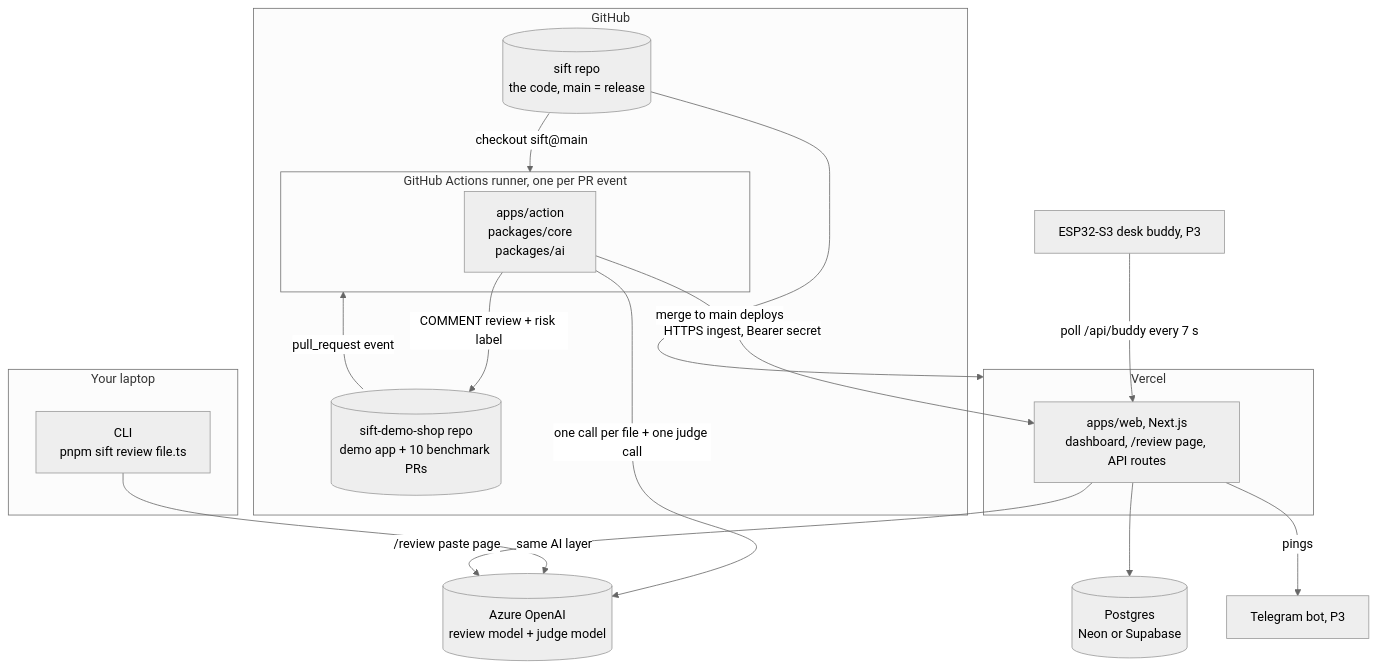
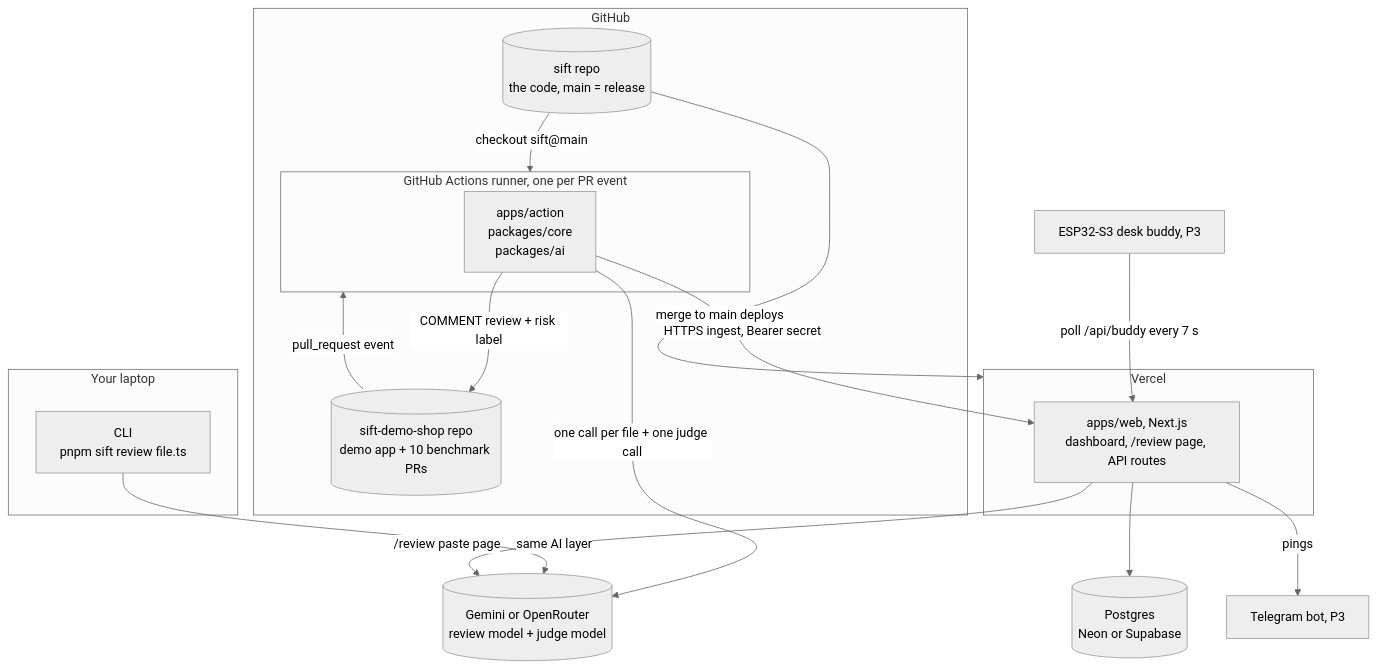
Before and after one commit to ydvSajal/Microsoft-me-: the first of 6 diagrams in README.md, drawn with Mermaid (neutral theme). The commit also changed other lines of this file and 20 other files, not shown here.

````diff
--- a/README.md
+++ b/README.md
@@ -24,35 +24,35 @@
 ```mermaid
 flowchart TB
   subgraph LAPTOP["Your laptop"]
     CLI["CLI<br/>pnpm sift review file.ts"]
   end
 
   subgraph GH["GitHub"]
     SIFTREPO[("sift repo<br/>the code, main = release")]
     DEMO[("sift-demo-shop repo<br/>demo app + 10 benchmark PRs")]
     subgraph RUNNER["GitHub Actions runner, one per PR event"]
       ACTION["apps/action<br/>packages/core<br/>packages/ai"]
     end
   end
 
   subgraph VERCEL["Vercel"]
     WEB["apps/web, Next.js<br/>dashboard, /review page, API routes"]
   end
 
   DB[("Postgres<br/>Neon or Supabase")]
-  LLM[("Azure OpenAI<br/>review model + judge model")]
+  LLM[("Gemini or OpenRouter<br/>review model + judge model")]
   TG["Telegram bot, P3"]
   BUDDY["ESP32-S3 desk buddy, P3"]
 
   DEMO -- "pull_request event" --> RUNNER
   SIFTREPO -- "checkout sift@main" --> RUNNER
   ACTION -- "one call per file + one judge call" --> LLM
   ACTION -- "COMMENT review + risk label" --> DEMO
   ACTION -- "HTTPS ingest, Bearer secret" --> WEB
   CLI -- "same AI layer" --> LLM
   WEB -- "/review paste page" --> LLM
   WEB --> DB
   WEB -- "pings" --> TG
   BUDDY -- "poll /api/buddy every 7 s" --> WEB
   SIFTREPO -- "merge to main deploys" --> VERCEL
 ```
````
